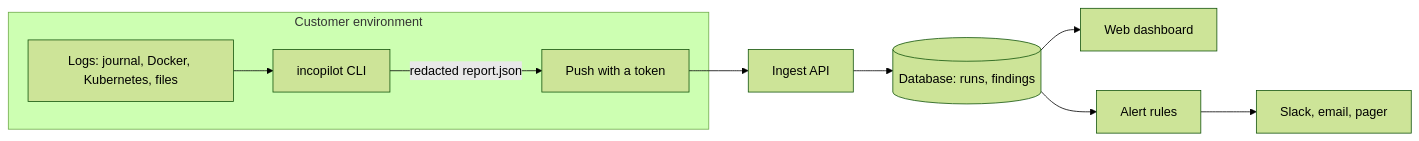
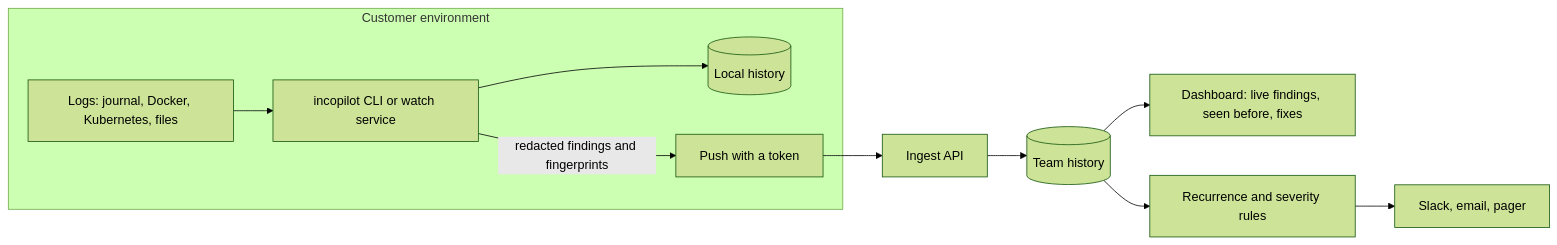
One commit to AutoShiftOps/incopilot changed the diagram in docs/PRODUCT_PLAN.md. Above: the diagram before and after it, drawn with Mermaid (forest theme). The commit also changed other lines of this file and 10 other files, not shown here.

````diff
--- a/docs/PRODUCT_PLAN.md
+++ b/docs/PRODUCT_PLAN.md
@@ -75,12 +89,13 @@
 ```mermaid
 flowchart LR
   subgraph Customer environment
-    L[Logs: journal, Docker, Kubernetes, files] --> C[incopilot CLI]
-    C -->|redacted report.json| P[Push with a token]
+    L[Logs: journal, Docker, Kubernetes, files] --> C[incopilot CLI or watch service]
+    C --> H[(Local history)]
+    C -->|redacted findings and fingerprints| P[Push with a token]
   end
   P --> A[Ingest API]
-  A --> D[(Database: runs, findings)]
-  D --> W[Web dashboard]
-  D --> R[Alert rules]
+  A --> D[(Team history)]
+  D --> W[Dashboard: live findings, seen before, fixes]
+  D --> R[Recurrence and severity rules]
   R --> N[Slack, email, pager]
 ```
````
